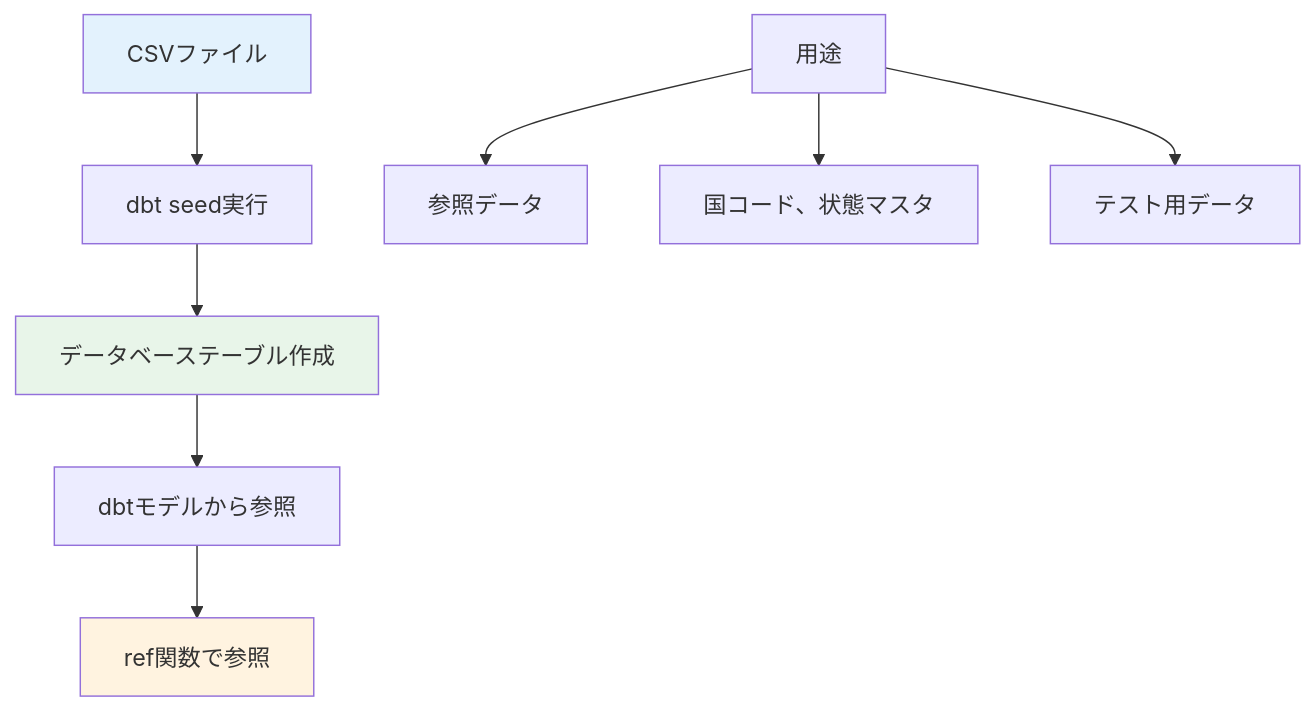
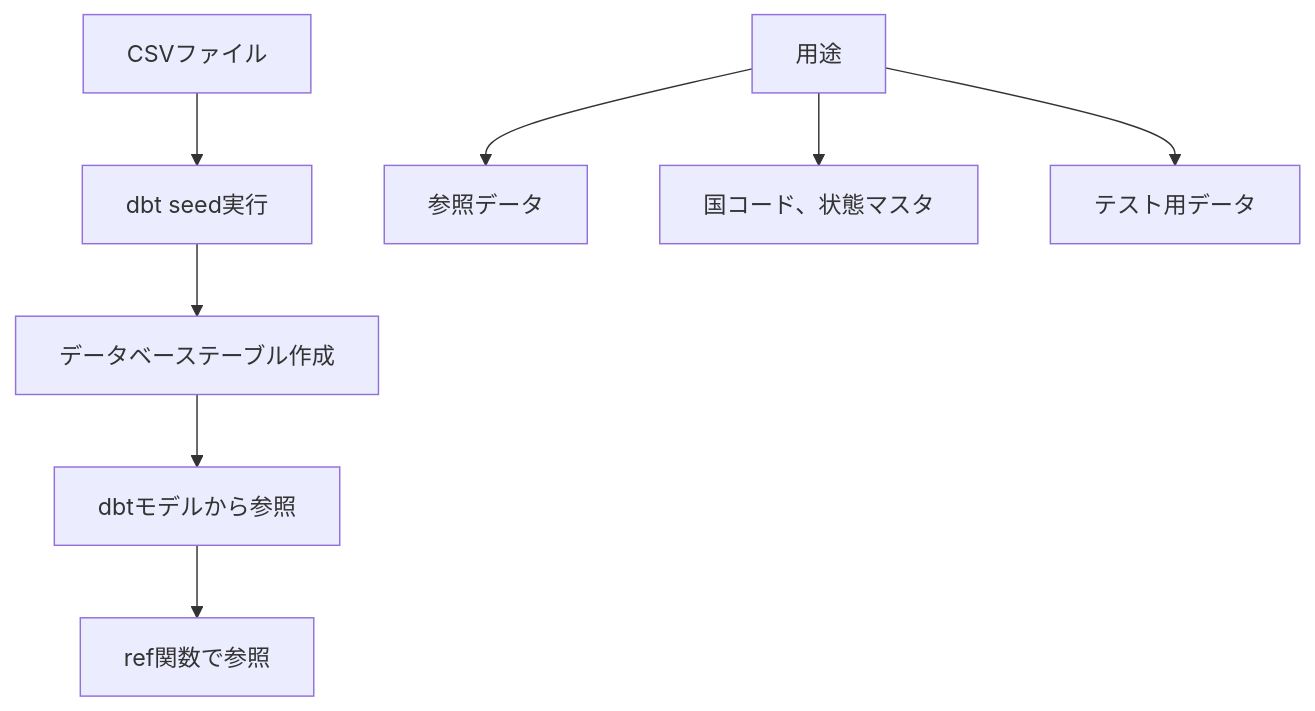
One commit to 1210yuichi0/1210yuichi0.github.io changed the first of 8 diagrams in content/Tech/dbt/categories/seed-config.md. Above: the diagram before and after it, drawn with Mermaid. The commit also changed other lines of this file and 22 other files, not shown here.

First line of the commit message:
style: remove Mermaid style directives for dark mode compatibility

````diff
--- a/content/Tech/dbt/categories/seed-config.md
+++ b/content/Tech/dbt/categories/seed-config.md
@@ -31,16 +31,13 @@
 ```mermaid
 graph TB
     A[CSVファイル] --> B[dbt seed実行]
     B --> C[データベーステーブル作成]
 
     C --> D[dbtモデルから参照]
     D --> E[ref関数で参照]
 
     F[用途] --> G[参照データ]
     F --> H[国コード、状態マスタ]
     F --> I[テスト用データ]
 
-    style A fill:#e3f2fd
-    style C fill:#e8f5e9
-    style E fill:#fff3e0
 ```
````
